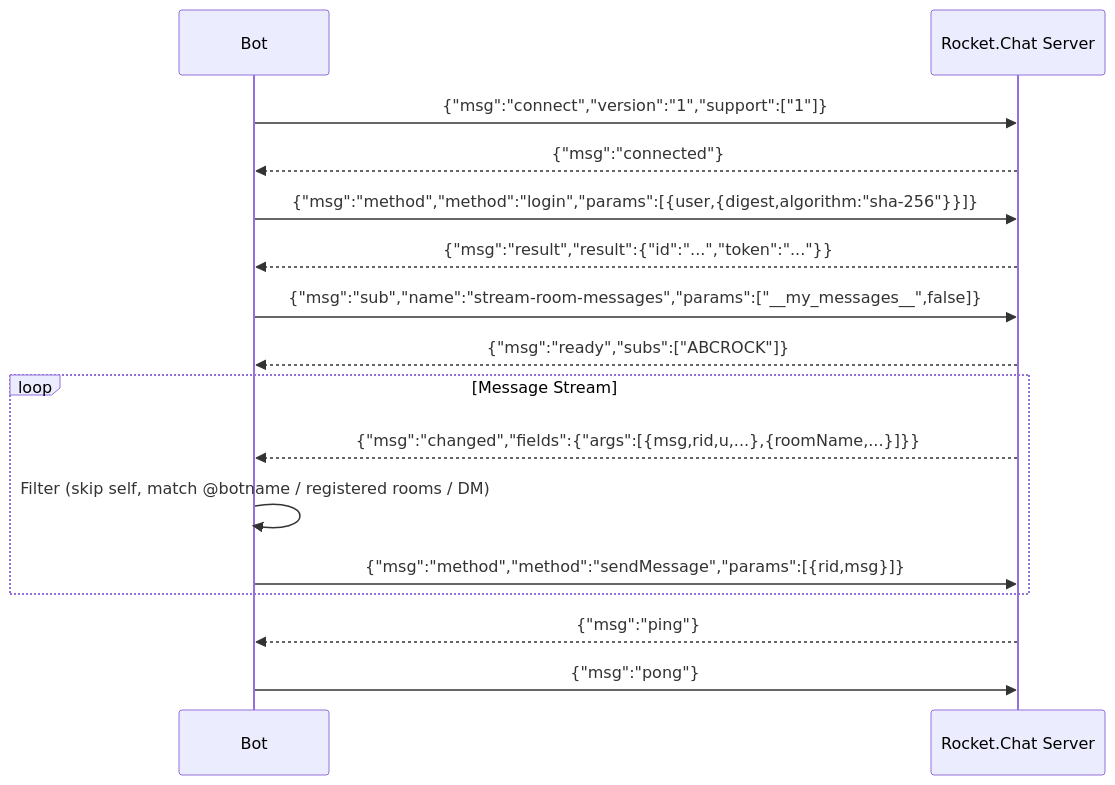
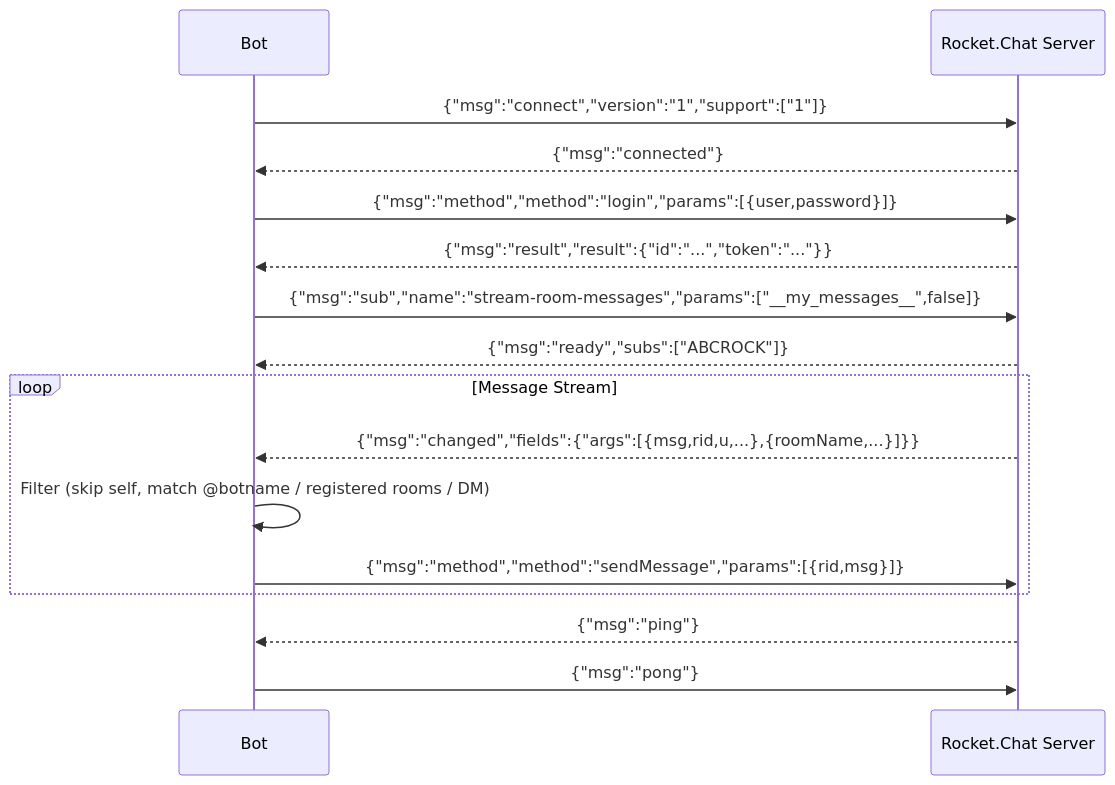
The first of 4 diagrams in _docs/rocketchat-client.md (cosmoswafer/rockbot), drawn with Mermaid before and after one commit. The commit also changed other lines of this file, not shown here.

Commit message:
docs: correct login description to reflect actual plaintext password behavior

````diff
--- a/_docs/rocketchat-client.md
+++ b/_docs/rocketchat-client.md
@@ -24,21 +24,21 @@
 ```mermaid
 sequenceDiagram
     participant B as Bot
     participant RC as Rocket.Chat Server
 
     B->>RC: {"msg":"connect","version":"1","support":["1"]}
     RC-->>B: {"msg":"connected"}
-    B->>RC: {"msg":"method","method":"login","params":[{user,{digest,algorithm:"sha-256"}}]}
+    B->>RC: {"msg":"method","method":"login","params":[{user,password}]}
     RC-->>B: {"msg":"result","result":{"id":"...","token":"..."}}
     B->>RC: {"msg":"sub","name":"stream-room-messages","params":["__my_messages__",false]}
     RC-->>B: {"msg":"ready","subs":["ABCROCK"]}
 
     loop Message Stream
         RC-->>B: {"msg":"changed","fields":{"args":[{msg,rid,u,...},{roomName,...}]}}
         B->>B: Filter (skip self, match @botname / registered rooms / DM)
         B->>RC: {"msg":"method","method":"sendMessage","params":[{rid,msg}]}
     end
 
     RC-->>B: {"msg":"ping"}
     B->>RC: {"msg":"pong"}
 ```
````
